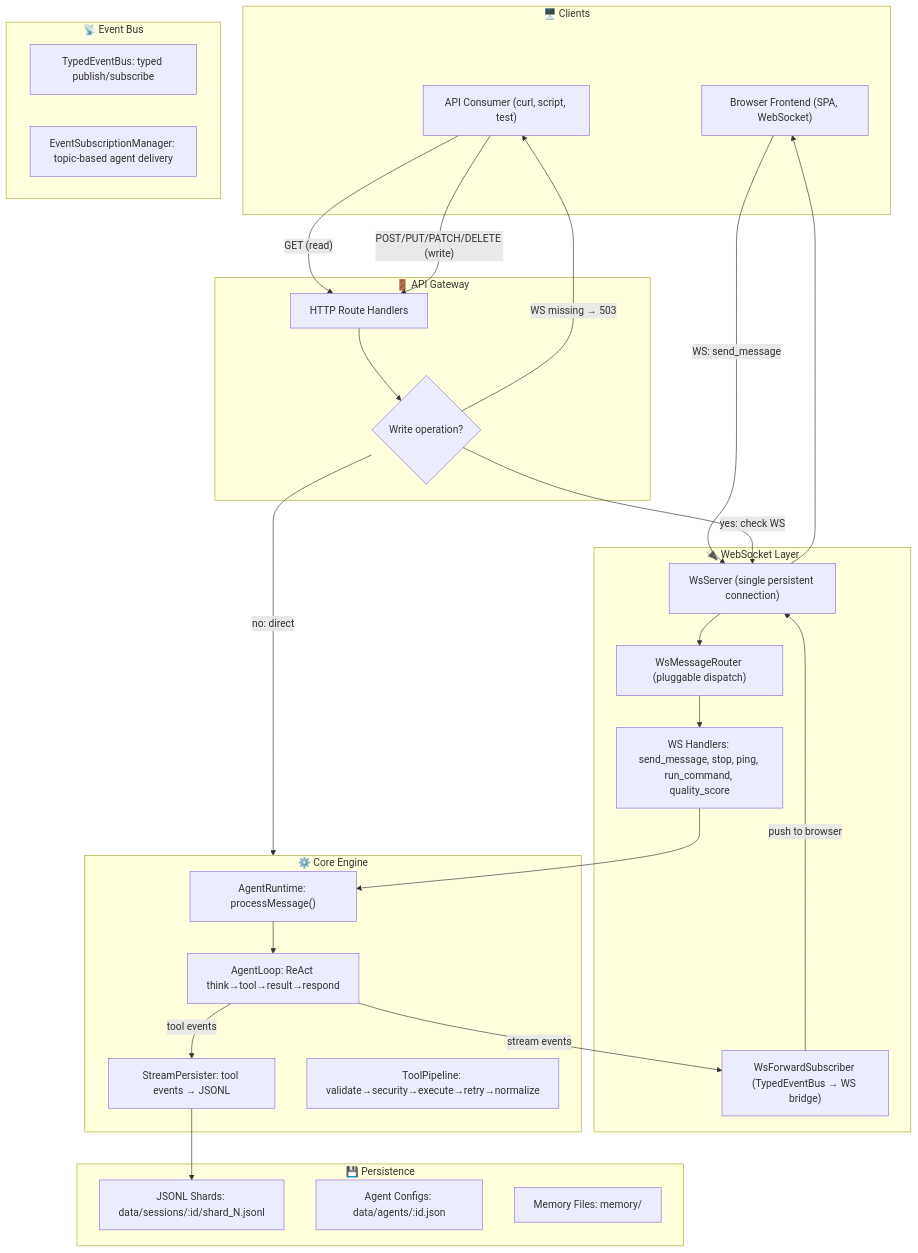
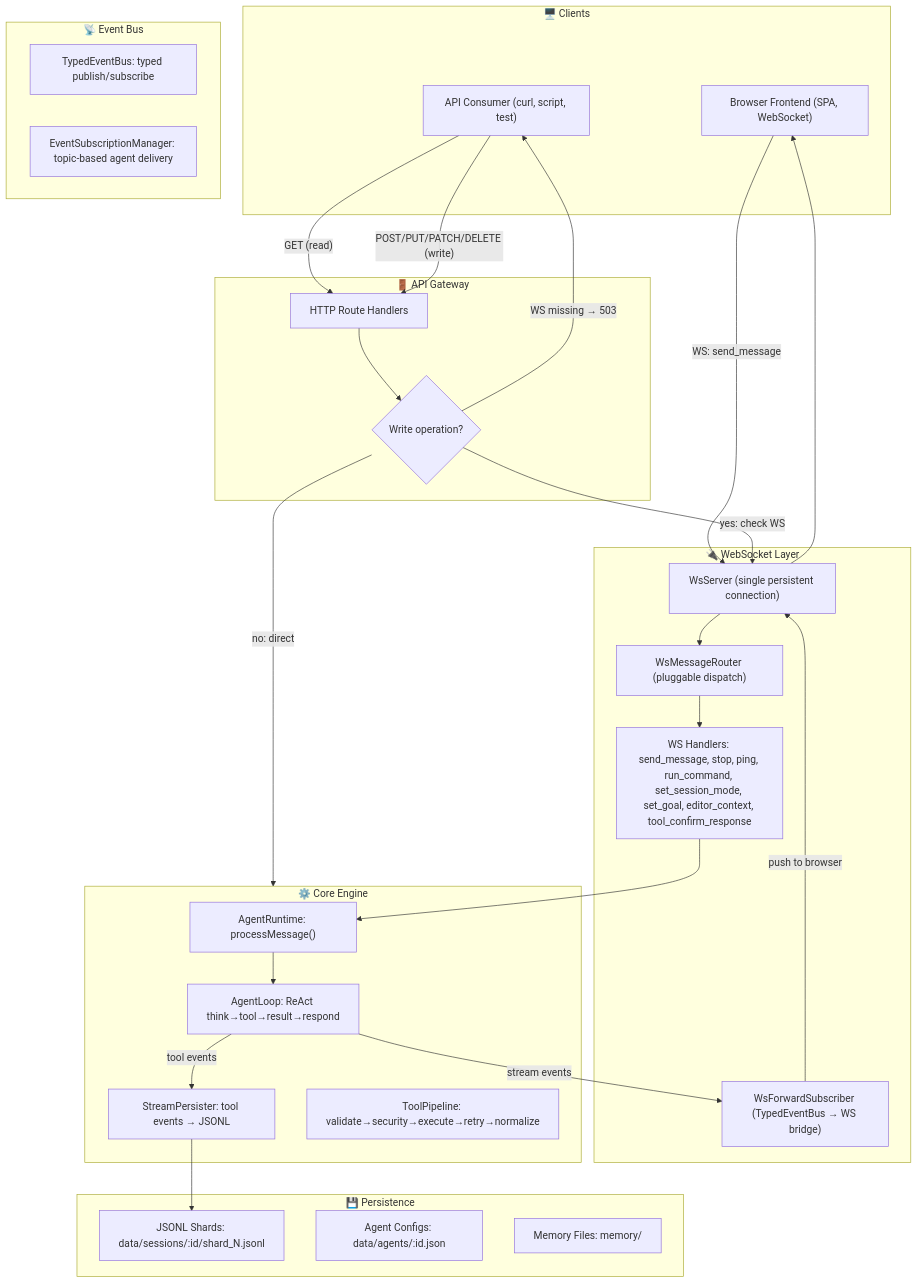
Before and after one commit to AnoCod/AnoClaw: the diagram in architecture-api-ws.md, drawn with Mermaid. The commit also changed other lines of this file and 48 other files, not shown here.

````diff
--- a/architecture-api-ws.md
+++ b/architecture-api-ws.md
@@ -20,57 +20,57 @@
 ```mermaid
 flowchart TB
     accTitle: AnoClaw Request Flow Architecture
 
     subgraph Clients["🖥️ Clients"]
         FE["Browser Frontend (SPA, WebSocket)"]
         API["API Consumer (curl, script, test)"]
     end
 
     subgraph Gateway["🚪 API Gateway"]
         HTTP_ROUTES["HTTP Route Handlers"]
         WS_REQUIRED{"Write operation?"}
     end
 
     subgraph WS["🔌 WebSocket Layer"]
         WS_SERVER["WsServer (single persistent connection)"]
         WS_ROUTER["WsMessageRouter (pluggable dispatch)"]
-        WS_HANDLERS["WS Handlers: send_message, stop, ping, run_command, quality_score"]
+        WS_HANDLERS["WS Handlers: send_message, stop, ping, run_command, set_session_mode, set_goal, editor_context, tool_confirm_response"]
         WS_FORWARD["WsForwardSubscriber (TypedEventBus → WS bridge)"]
     end
 
     subgraph Core["⚙️ Core Engine"]
         AGENT_RT["AgentRuntime: processMessage()"]
         AGENT_LOOP["AgentLoop: ReAct think→tool→result→respond"]
         STREAM_PERSISTER["StreamPersister: tool events → JSONL"]
         TOOL_PIPELINE["ToolPipeline: validate→security→execute→retry→normalize"]
     end
 
     subgraph Events["📡 Event Bus"]
         TYPED_BUS["TypedEventBus: typed publish/subscribe"]
         EVENT_SUB["EventSubscriptionManager: topic-based agent delivery"]
     end
 
     subgraph Storage["💾 Persistence"]
         JSONL["JSONL Shards: data/sessions/:id/shard_N.jsonl"]
         AGENT_CFG["Agent Configs: data/agents/:id.json"]
         MEMORY["Memory Files: memory/"]
     end
 
     FE -->|"WS: send_message"| WS_SERVER
     WS_SERVER --> WS_ROUTER
     WS_ROUTER --> WS_HANDLERS
     WS_HANDLERS --> AGENT_RT
     AGENT_RT --> AGENT_LOOP
     AGENT_LOOP -->|"tool events"| STREAM_PERSISTER
     AGENT_LOOP -->|"stream events"| WS_FORWARD
     STREAM_PERSISTER --> JSONL
     WS_FORWARD -->|"push to browser"| WS_SERVER
     WS_SERVER --> FE
 
     API -->|"GET (read)"| HTTP_ROUTES
     API -->|"POST/PUT/PATCH/DELETE (write)"| HTTP_ROUTES
     HTTP_ROUTES --> WS_REQUIRED
     WS_REQUIRED -->|"yes: check WS"| WS_SERVER
     WS_REQUIRED -->|"no: direct"| Core
     WS_REQUIRED -->|"WS missing → 503"| API
 ```
````
